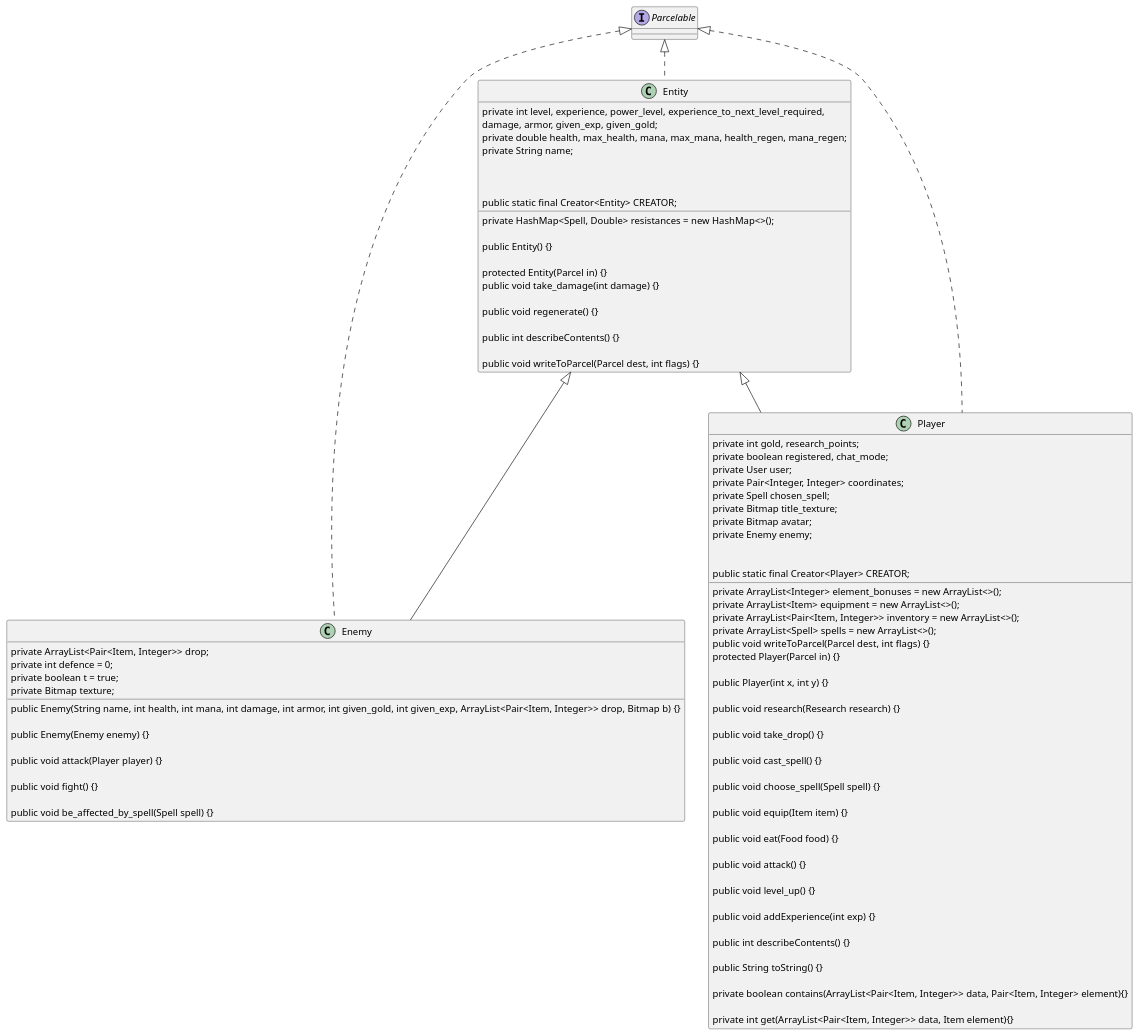
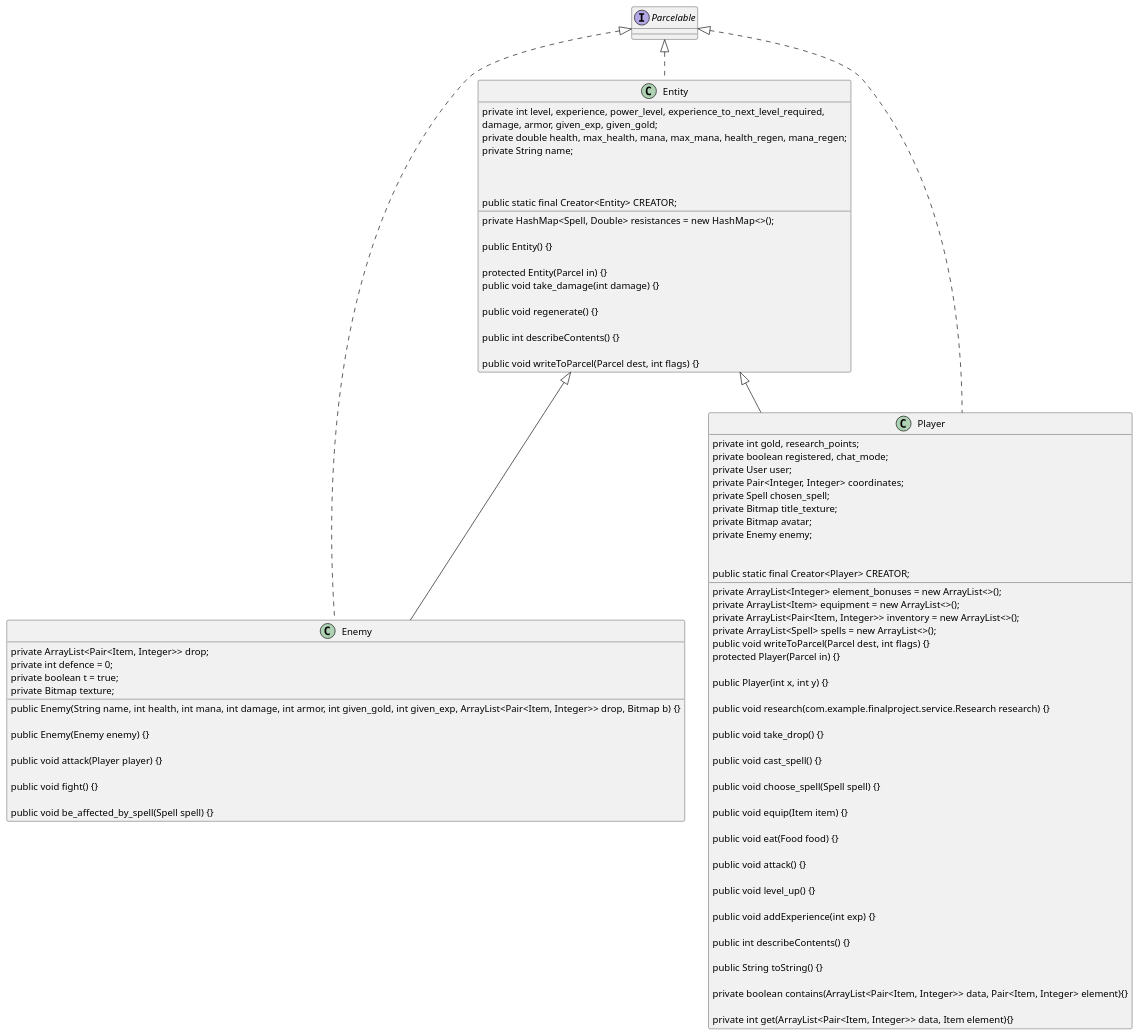
The diagram in FinalProject/app/src/main/java/com/example/finalproject/entities.puml (Vaneyk1973/FinalProject), drawn with PlantUML before and after one commit. The commit also changed 31 other files, not shown here.

```diff
--- a/FinalProject/app/src/main/java/com/example/finalproject/entities.puml
+++ b/FinalProject/app/src/main/java/com/example/finalproject/entities.puml
@@ -1,92 +1,92 @@
 @startuml
 'https://plantuml.com/class-diagram
 class Enemy extends Entity implements Parcelable {
     private ArrayList<Pair<Item, Integer>> drop;
     private int defence = 0;
     private boolean t = true;
     private Bitmap texture;
 
     public Enemy(String name, int health, int mana, int damage, int armor, int given_gold, int given_exp, ArrayList<Pair<Item, Integer>> drop, Bitmap b) {}
 
     public Enemy(Enemy enemy) {}
 
     public void attack(Player player) {}
 
     public void fight() {}
 
     public void be_affected_by_spell(Spell spell) {}
 }
 
 class Entity implements Parcelable {
     private int level, experience, power_level, experience_to_next_level_required,
             damage, armor, given_exp, given_gold;
     private double health, max_health, mana, max_mana, health_regen, mana_regen;
     private String name;
     private HashMap<Spell, Double> resistances = new HashMap<>();
 
     public Entity() {}
 
     protected Entity(Parcel in) {}
 
     public static final Creator<Entity> CREATOR;
 
     public void take_damage(int damage) {}
 
     public void regenerate() {}
 
     public int describeContents() {}
 
     public void writeToParcel(Parcel dest, int flags) {}
 }
 
 class Player extends Entity implements Parcelable {
 
     private int gold, research_points;
     private boolean registered, chat_mode;
     private User user;
     private ArrayList<Integer> element_bonuses = new ArrayList<>();
     private ArrayList<Item> equipment = new ArrayList<>();
     private ArrayList<Pair<Item, Integer>> inventory = new ArrayList<>();
     private ArrayList<Spell> spells = new ArrayList<>();
     private Pair<Integer, Integer> coordinates;
     private Spell chosen_spell;
     private Bitmap title_texture;
     private Bitmap avatar;
     private Enemy enemy;
 
     public void writeToParcel(Parcel dest, int flags) {}
 
     public static final Creator<Player> CREATOR;
 
     protected Player(Parcel in) {}
 
     public Player(int x, int y) {}
 
-    public void research(Research research) {}
+    public void research(com.example.finalproject.service.Research research) {}
 
     public void take_drop() {}
 
     public void cast_spell() {}
 
     public void choose_spell(Spell spell) {}
 
     public void equip(Item item) {}
 
     public void eat(Food food) {}
 
     public void attack() {}
 
     public void level_up() {}
 
     public void addExperience(int exp) {}
 
     public int describeContents() {}
 
     public String toString() {}
 
     private boolean contains(ArrayList<Pair<Item, Integer>> data, Pair<Item, Integer> element){}
 
     private int get(ArrayList<Pair<Item, Integer>> data, Item element){}
 }
 
 @enduml
```
